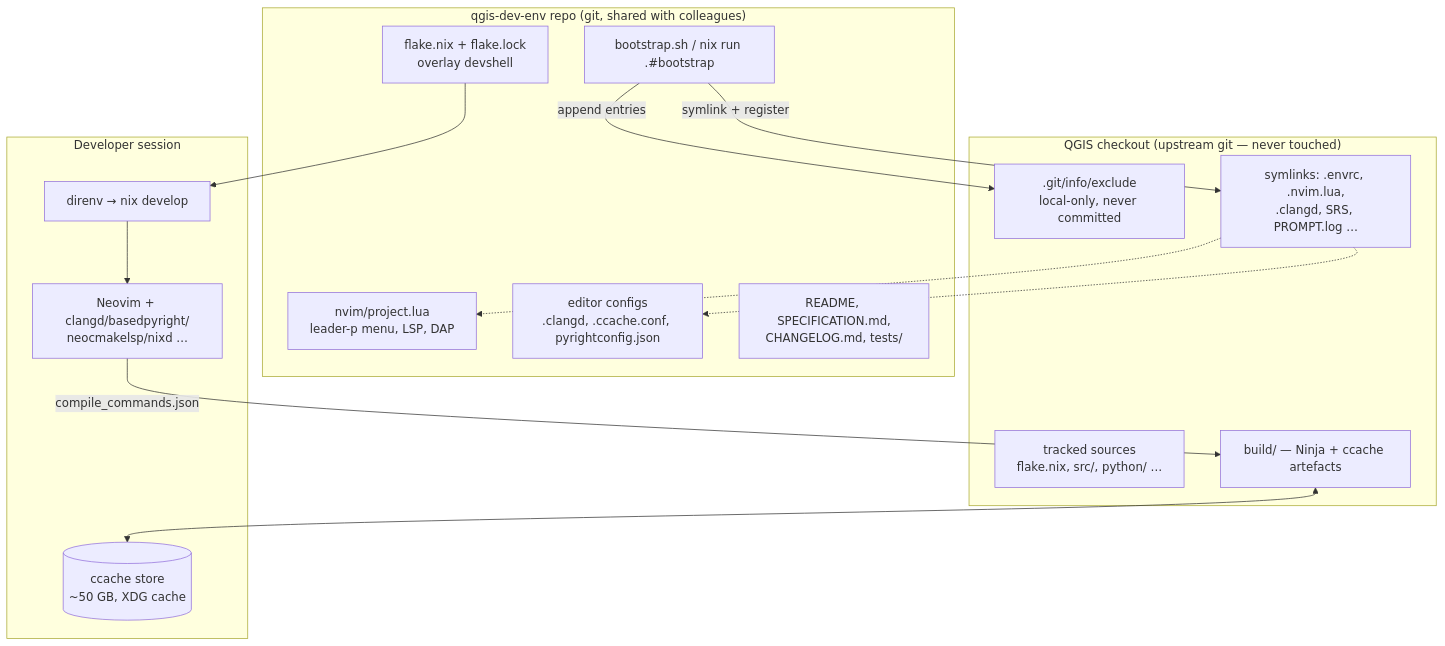
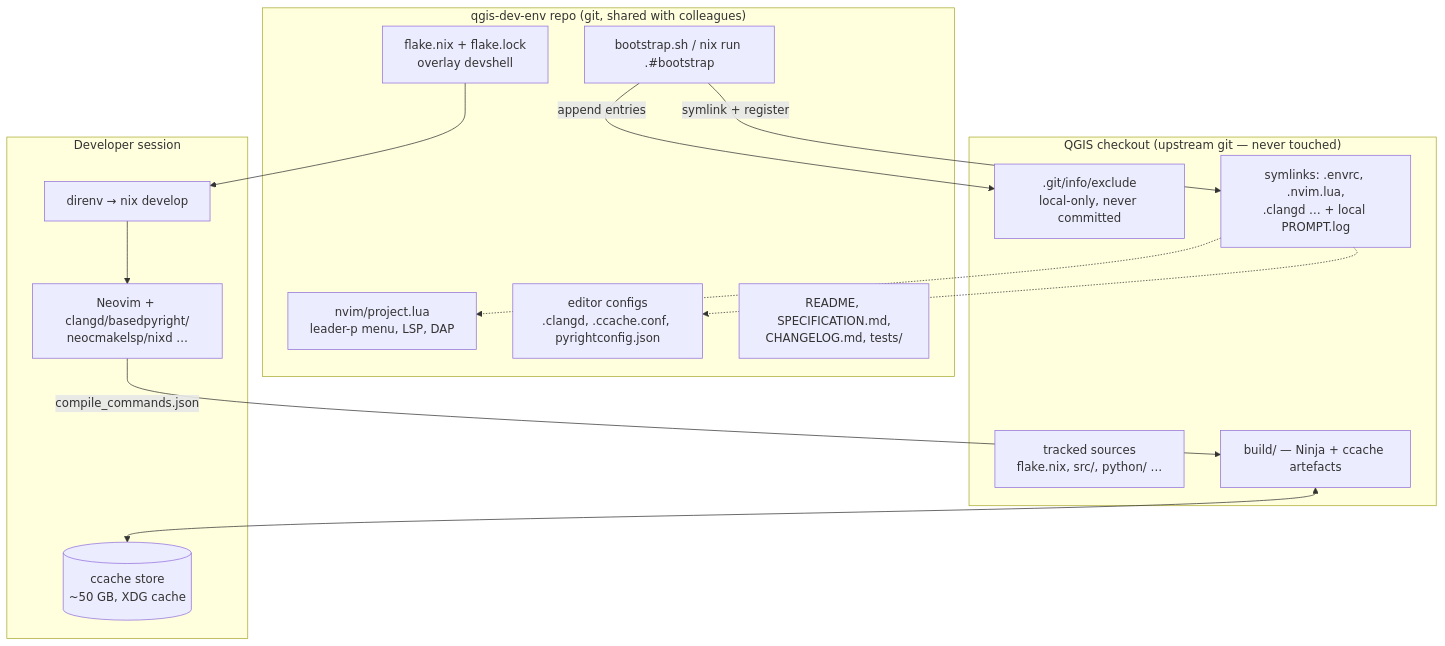
Before and after one commit to vikineema/qgis-dev-env: the diagram in SPECIFICATION.md, drawn with Mermaid. The commit also changed other lines of this file and 3 other files, not shown here.

````diff
--- a/SPECIFICATION.md
+++ b/SPECIFICATION.md
@@ -93,32 +93,32 @@
 ```mermaid
 graph TB
     subgraph "qgis-dev-env repo (git, shared with colleagues)"
         F[flake.nix + flake.lock<br/>overlay devshell]
         N[nvim/project.lua<br/>leader-p menu, LSP, DAP]
         C[editor configs<br/>.clangd, .ccache.conf, pyrightconfig.json]
         B[bootstrap.sh / nix run .#bootstrap]
         D[README, SPECIFICATION.md,<br/>CHANGELOG.md, tests/]
     end
 
     subgraph "QGIS checkout (upstream git — never touched)"
         Q[tracked sources<br/>flake.nix, src/, python/ …]
         X[.git/info/exclude<br/>local-only, never committed]
-        S[symlinks: .envrc, .nvim.lua,<br/>.clangd, SRS, PROMPT.log …]
+        S[symlinks: .envrc, .nvim.lua,<br/>.clangd … + local PROMPT.log]
         BD[build/ — Ninja + ccache artefacts]
     end
 
     subgraph "Developer session"
         DE[direnv → nix develop]
         NV[Neovim + clangd/basedpyright/<br/>neocmakelsp/nixd …]
         CC[(ccache store<br/>~50 GB, XDG cache)]
     end
 
     B -- "symlink + register" --> S
     B -- "append entries" --> X
     F --> DE
     DE --> NV
     NV -- "compile_commands.json" --> BD
     BD <--> CC
     S -.-> N
     S -.-> C
 ```
````
